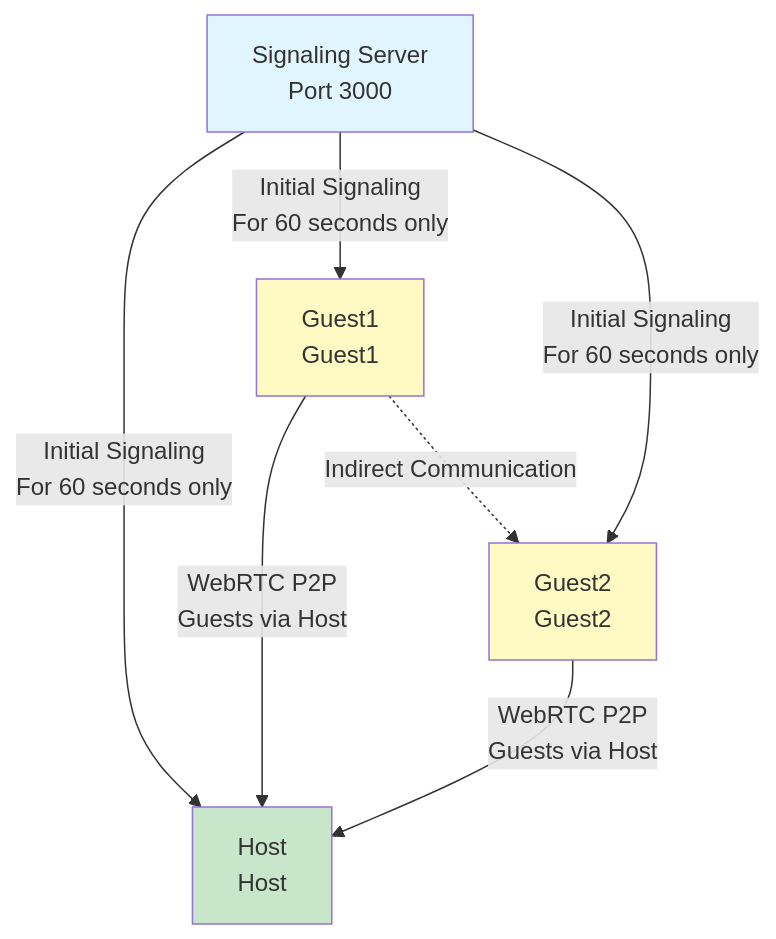
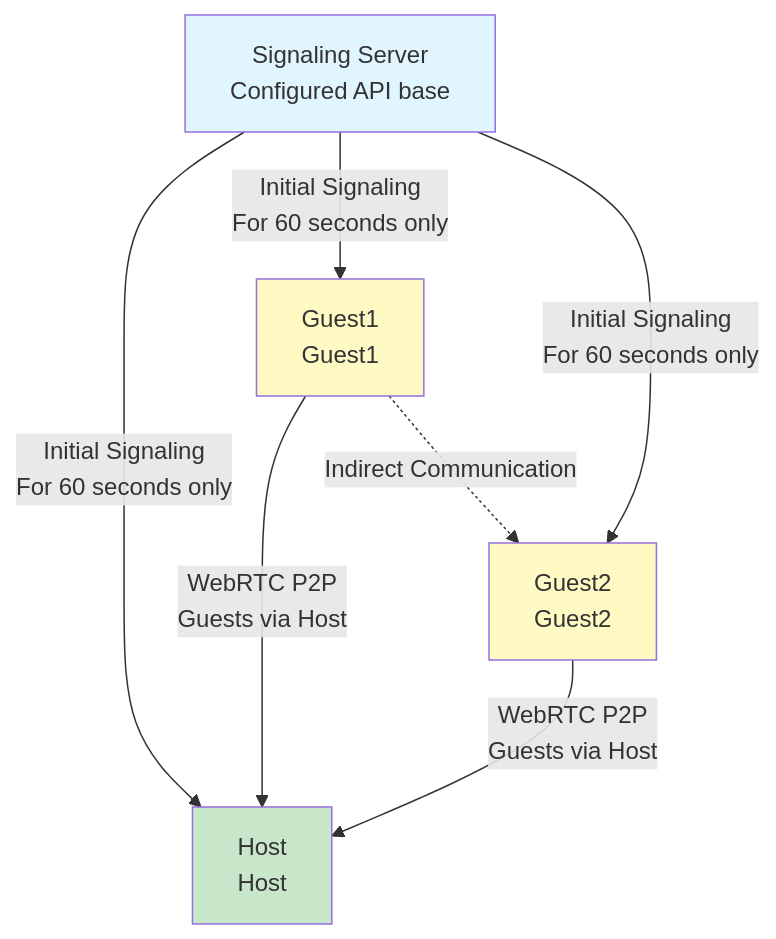
One commit to JaceDashS/online-sequencer changed the first of 2 diagrams in docs/specs/collaboration-specification/architecture.en.md. Above: the diagram before and after it, drawn with Mermaid. The commit also changed other lines of this file and 16 other files, not shown here.

First line of the commit message:
[docs] Align collaboration docs with external signaling API

````diff
--- a/docs/specs/collaboration-specification/architecture.en.md
+++ b/docs/specs/collaboration-specification/architecture.en.md
@@ -11,21 +11,21 @@
 ```mermaid
 graph TB
-    Server[Signaling Server<br/>Port 3000]
+    Server[Signaling Server<br/>Configured API base]
     
     Host[Host<br/>Host]
     Guest1[Guest1<br/>Guest1]
     Guest2[Guest2<br/>Guest2]
     
     Server -->|Initial Signaling<br/>For 60 seconds only| Host
     Server -->|Initial Signaling<br/>For 60 seconds only| Guest1
     Server -->|Initial Signaling<br/>For 60 seconds only| Guest2
     
     Guest1 -->|WebRTC P2P<br/>Guests via Host| Host
     Guest2 -->|WebRTC P2P<br/>Guests via Host| Host
     Guest1 -.->|Indirect Communication| Guest2
     
     style Server fill:#e1f5ff
     style Host fill:#c8e6c9
     style Guest1 fill:#fff9c4
     style Guest2 fill:#fff9c4
 ```
````
